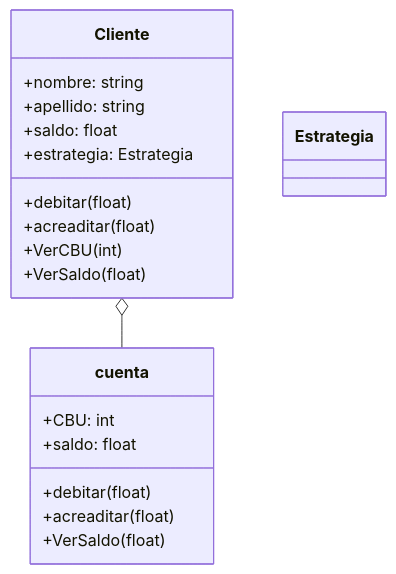
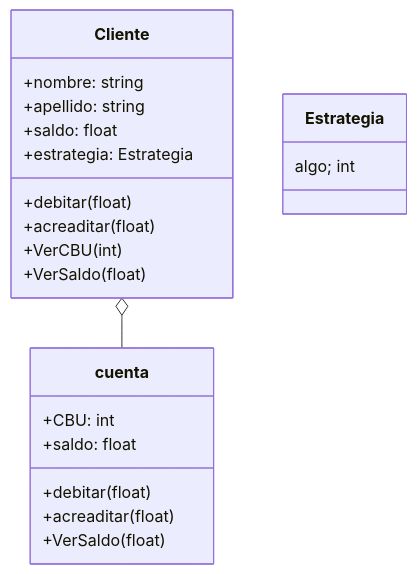
Before and after one commit to FranciscoBHF/Banco: the diagram in README.md, drawn with Mermaid.

Commit message:
ARREGLADO?

````diff
--- a/README.md
+++ b/README.md
@@ -2,28 +2,28 @@
 ```mermaid
 classDiagram
 
 class Cliente{
     +nombre: string
     +apellido: string
     +saldo: float
     +estrategia: Estrategia
     +debitar(float)
     +acreaditar(float)
     +VerCBU(int)
     +VerSaldo(float)
 }
 
 class cuenta{
     +CBU: int
     +saldo: float
     +debitar(float)
     +acreaditar(float)
     +VerSaldo(float)
 }
 
 class Estrategia{
-
+    algo; int
 }
 
 Cliente o-- cuenta
 ```
````
